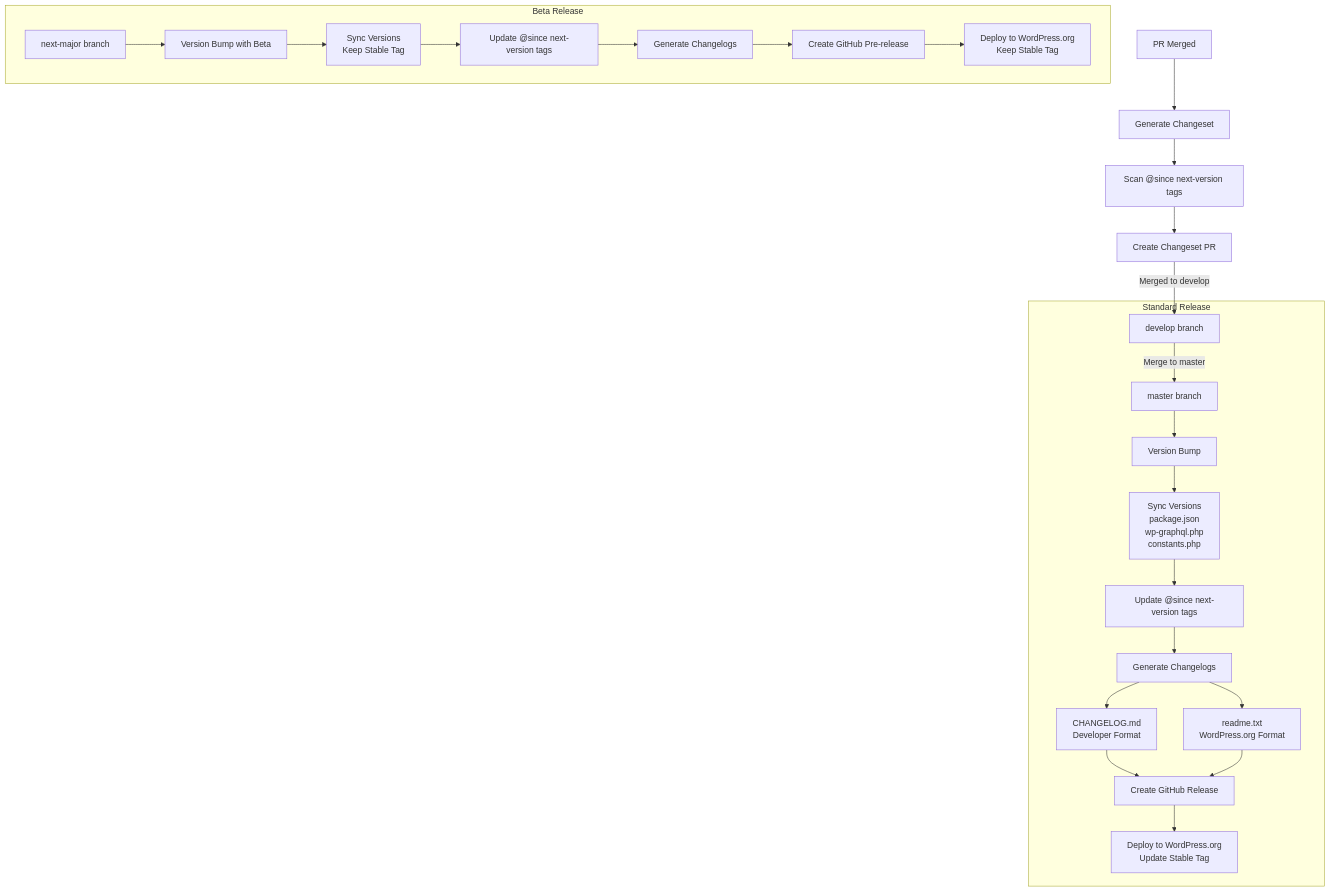
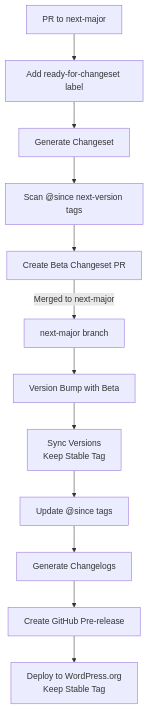
One commit to wp-graphql/wp-graphql changed the diagram in docs/beta-releases.md. Above: the diagram before and after it, drawn with Mermaid. The commit also changed other lines of this file and 9 other files, not shown here.

````diff
--- a/docs/beta-releases.md
+++ b/docs/beta-releases.md
@@ -22,34 +22,15 @@
 ```mermaid
 flowchart TD
     %% PR and Changeset Process
-    PR[PR Merged] --> GC[Generate Changeset]
+    PR[PR to next-major] --> RL[Add ready-for-changeset label]
+    RL --> GC[Generate Changeset]
     GC --> ST[Scan @since next-version tags]
-    ST --> CPR[Create Changeset PR]
-    CPR --> |Merged to develop| DEV[develop branch]
-
-    %% Standard Release Flow
-    subgraph "Standard Release"
-        DEV --> |Merge to master| M[master branch]
-        M --> VB[Version Bump]
-        VB --> SV[Sync Versions<br/>package.json<br/>wp-graphql.php<br/>constants.php]
-        SV --> US[Update @since next-version tags]
-        US --> CL[Generate Changelogs]
-
-        %% Changelog Generation
-        CL --> MD[CHANGELOG.md<br/>Developer Format]
-        CL --> RT[readme.txt<br/>WordPress.org Format]
-
-        MD & RT --> GR[Create GitHub Release]
-        GR --> WO[Deploy to WordPress.org<br/>Update Stable Tag]
-    end
-
-    %% Beta Release Flow
-    subgraph "Beta Release"
-        B[next-major branch] --> BV[Version Bump with Beta]
-        BV --> BSV[Sync Versions<br/>Keep Stable Tag]
-        BSV --> BUS[Update @since next-version tags]
-        BUS --> BCL[Generate Changelogs]
-        BCL --> BGR[Create GitHub Pre-release]
-        BGR --> BWO[Deploy to WordPress.org<br/>Keep Stable Tag]
-    end
+    ST --> CPR[Create Beta Changeset PR]
+    CPR --> |Merged to next-major| NM[next-major branch]
+    NM --> BV[Version Bump with Beta]
+    BV --> BSV[Sync Versions<br/>Keep Stable Tag]
+    BSV --> BUS[Update @since tags]
+    BUS --> BCL[Generate Changelogs]
+    BCL --> BGR[Create GitHub Pre-release]
+    BGR --> BWO[Deploy to WordPress.org<br/>Keep Stable Tag]
 ```
````
